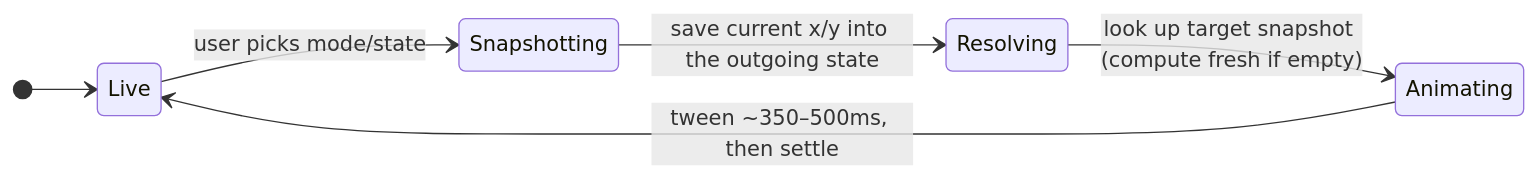
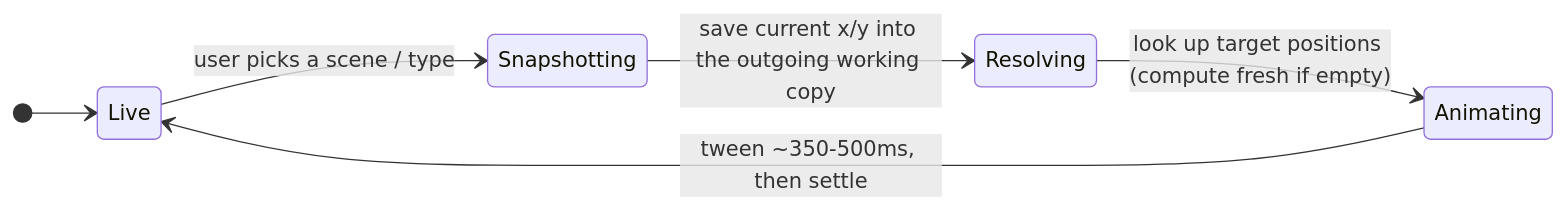
The diagram in docs/graph.md (TommyChan6/ModernFamilyTree), drawn with Mermaid before and after one commit. The commit also changed other lines of this file and 9 other files, not shown here.

````diff
--- a/docs/graph.md
+++ b/docs/graph.md
@@ -89,9 +64,9 @@
 ```mermaid
 stateDiagram-v2
     direction LR
     [*] --> Live
-    Live --> Snapshotting: user picks mode/state
-    Snapshotting --> Resolving: save current x/y into the outgoing state
-    Resolving --> Animating: look up target snapshot (compute fresh if empty)
-    Animating --> Live: tween ~350–500ms, then settle
+    Live --> Snapshotting: user picks a scene / type
+    Snapshotting --> Resolving: save current x/y into the outgoing working copy
+    Resolving --> Animating: look up target positions (compute fresh if empty)
+    Animating --> Live: tween ~350-500ms, then settle
 ```
````
